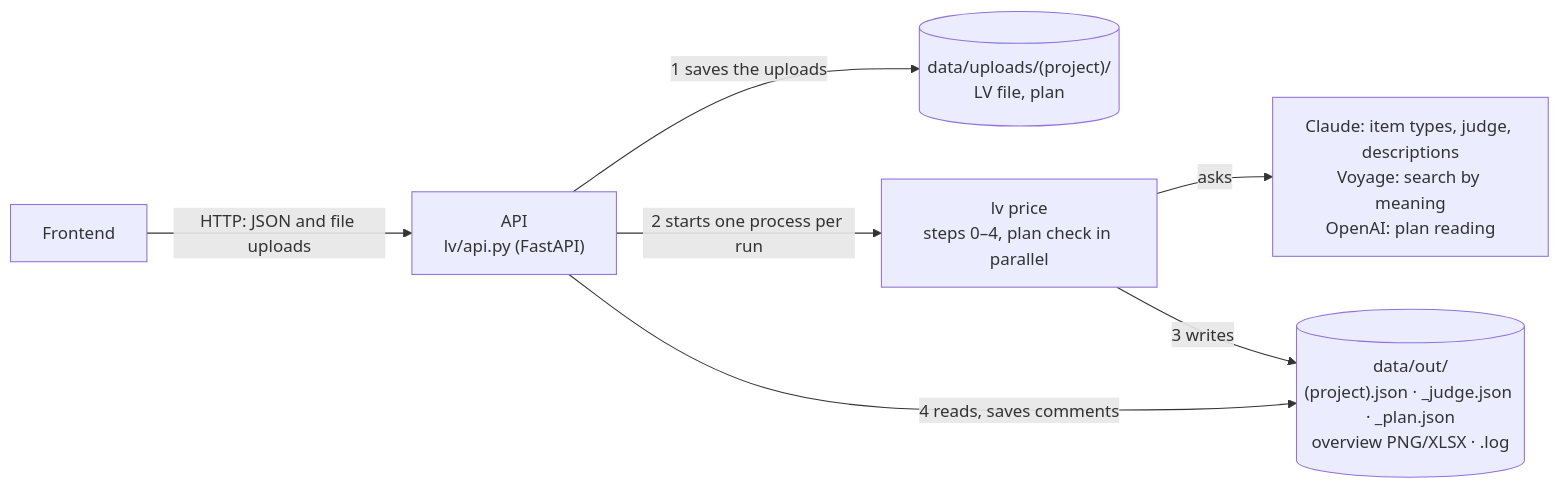
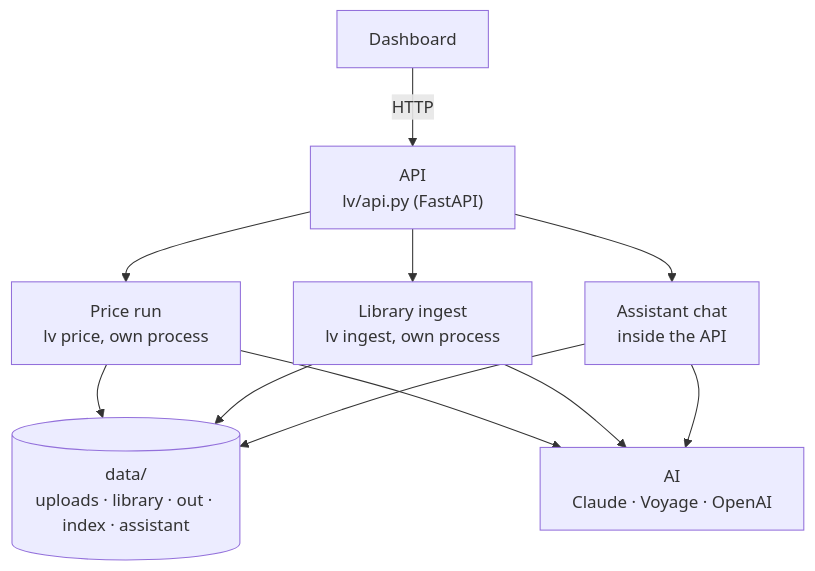
The first of 2 diagrams in README.md (D4V1ND/bauindustrie_hack), drawn with Mermaid before and after one commit. The commit also changed other lines of this file, not shown here.

````diff
--- a/README.md
+++ b/README.md
@@ -18,9 +31,9 @@
 ```mermaid
-flowchart LR
-    FE[Frontend] -- "HTTP: JSON and file uploads" --> API["API<br/>lv/api.py (FastAPI)"]
-    API -- "1 saves the uploads" --> UP[("data/uploads/(project)/<br/>LV file, plan")]
-    API -- "2 starts one process per run" --> RUN["lv price<br/>steps 0–4, plan check in parallel"]
-    RUN -- "asks" --> AI["Claude: item types, judge, descriptions<br/>Voyage: search by meaning<br/>OpenAI: plan reading"]
-    RUN -- "3 writes" --> OUT[("data/out/<br/>(project).json · _judge.json · _plan.json<br/>overview PNG/XLSX · .log")]
-    API -- "4 reads, saves comments" --> OUT
+flowchart TD
+    FE["Dashboard"] -- "HTTP" --> API["API<br/>lv/api.py (FastAPI)"]
+    API --> RUN["Price run<br/>lv price, own process"]
+    API --> ING["Library ingest<br/>lv ingest, own process"]
+    API --> AS["Assistant chat<br/>inside the API"]
+    RUN & ING & AS --> DATA[("data/<br/>uploads · library · out · index · assistant")]
+    RUN & ING & AS --> AI["AI<br/>Claude · Voyage · OpenAI"]
 ```
````
